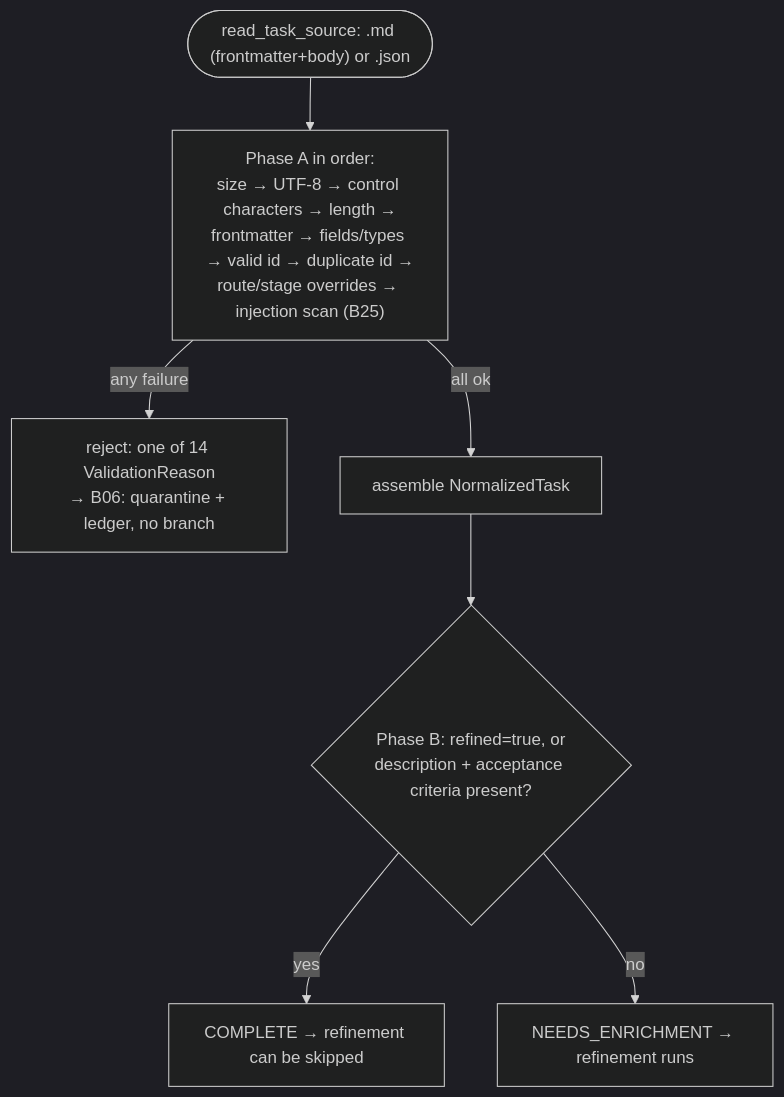
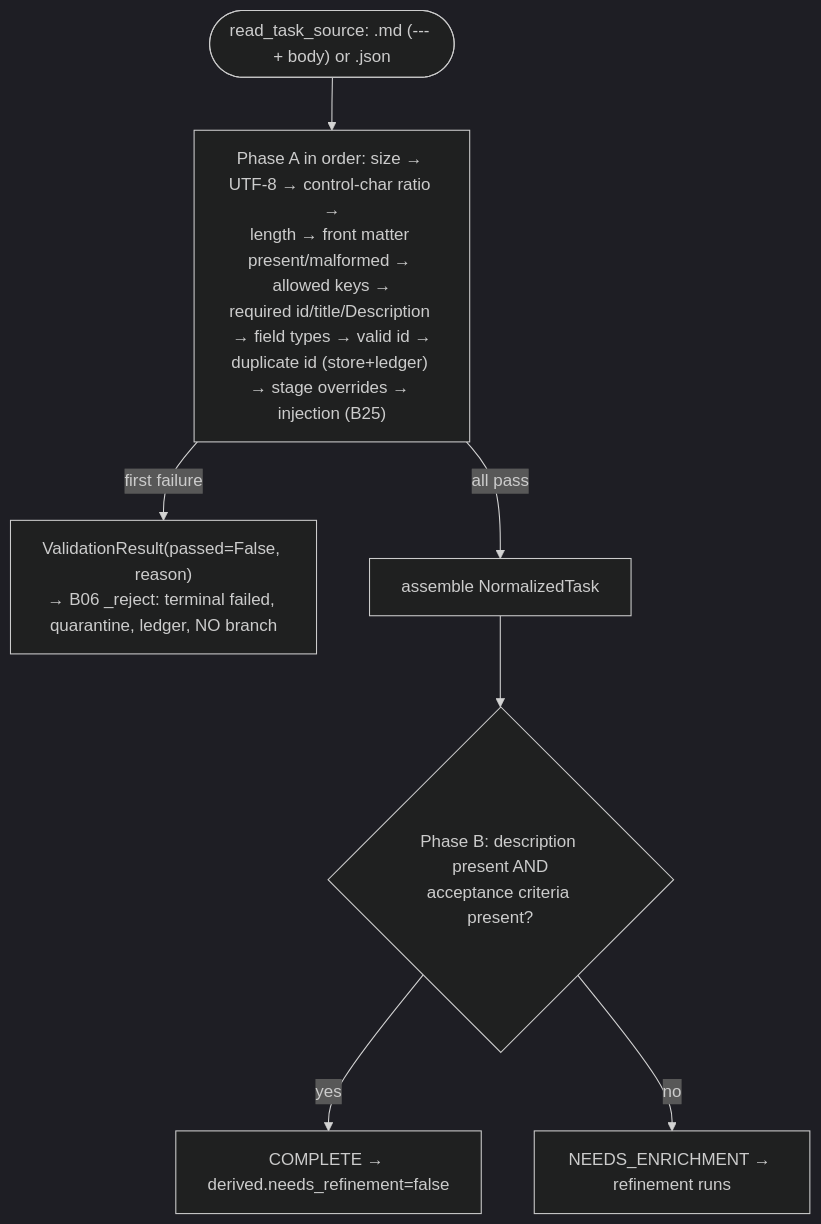
One commit to VladimirMakarevich/wastech-orchestrator changed the diagram in docs/functional/blocks/B16-task-parsing-and-validation-gate.md. Above: the diagram before and after it, drawn with Mermaid (dark theme). The commit also changed other lines of this file and 39 other files, not shown here.

First line of the commit message:
docs: Add detailed documentation for new flows and components

````diff
--- a/docs/functional/blocks/B16-task-parsing-and-validation-gate.md
+++ b/docs/functional/blocks/B16-task-parsing-and-validation-gate.md
@@ -51,9 +72,9 @@
 ```mermaid
 flowchart TB
-    src(["read_task_source: .md (frontmatter+body) or .json"]) --> checks["Phase A in order:<br/>size → UTF-8 → control characters → length →<br/>frontmatter → fields/types → valid id → duplicate id →<br/>route/stage overrides → injection scan (B25)"]
-    checks -->|any failure| rej["reject: one of 14 ValidationReason<br/>→ B06: quarantine + ledger, no branch"]
-    checks -->|all ok| nt["assemble NormalizedTask"]
-    nt --> comp{"Phase B: refined=true, or<br/>description + acceptance criteria present?"}
-    comp -->|yes| complete["COMPLETE → refinement can be skipped"]
-    comp -->|no| enrich["NEEDS_ENRICHMENT → refinement runs"]
+    src(["read_task_source: .md (--- + body) or .json"]) --> a["Phase A in order: size → UTF-8 → control-char ratio →<br/>length → front matter present/malformed → allowed keys →<br/>required id/title/Description → field types → valid id →<br/>duplicate id (store+ledger) → stage overrides → injection (B25)"]
+    a -->|first failure| rej["ValidationResult(passed=False, reason)<br/>→ B06 _reject: terminal failed, quarantine, ledger, NO branch"]
+    a -->|all pass| nt["assemble NormalizedTask"]
+    nt --> b{"Phase B: description present AND<br/>acceptance criteria present?"}
+    b -->|yes| complete["COMPLETE → derived.needs_refinement=false"]
+    b -->|no| enrich["NEEDS_ENRICHMENT → refinement runs"]
 ```
````
